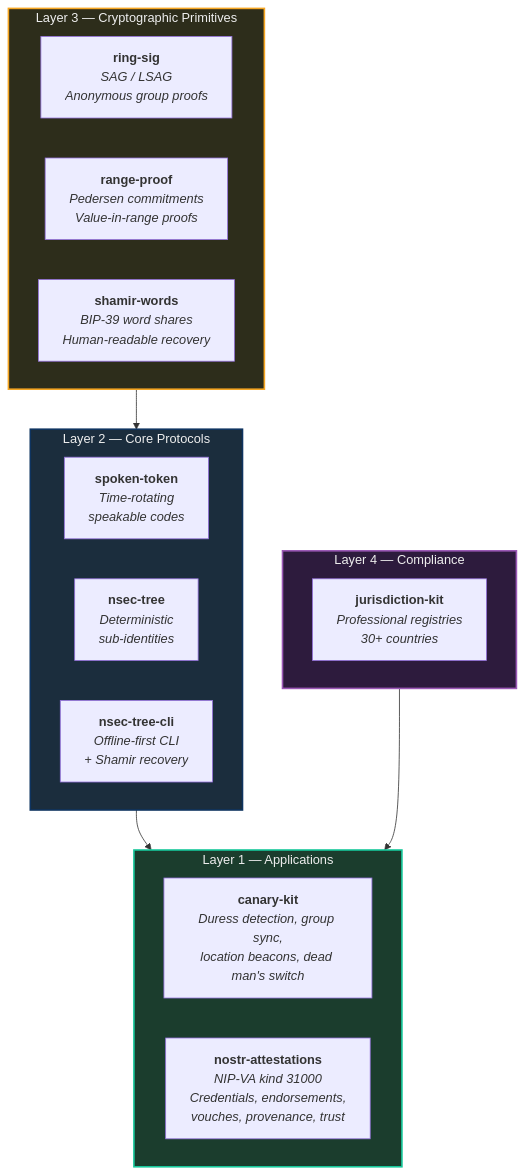
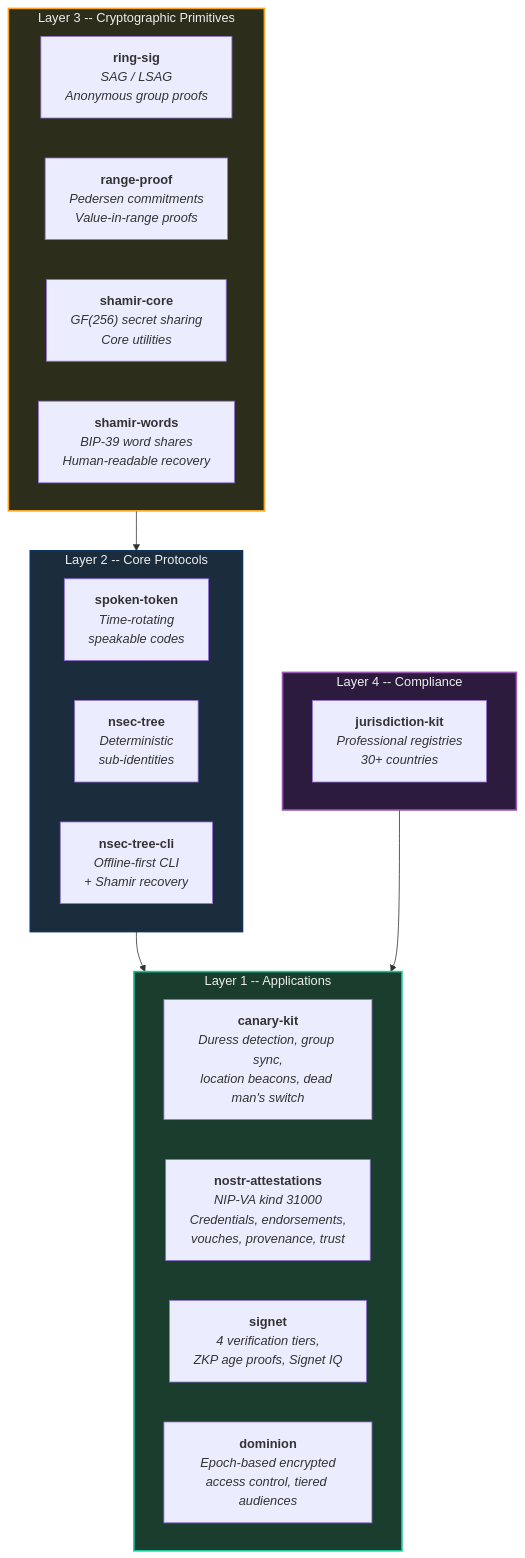
Before and after one commit to forgesworn/.github: the diagram in docs/identity-stack.md, drawn with Mermaid. The commit also changed other lines of this file, not shown here.

Commit message:
docs: add signet, dominion, shamir-core to identity stack diagram

````diff
--- a/docs/identity-stack.md
+++ b/docs/identity-stack.md
@@ -7,46 +7,52 @@
 ```mermaid
 graph TB
-    subgraph layer1["Layer 1 — Applications"]
+    subgraph layer1["Layer 1 -- Applications"]
         direction LR
         CK["<b>canary-kit</b><br/><i>Duress detection, group sync,<br/>location beacons, dead man's switch</i>"]
         NA["<b>nostr-attestations</b><br/><i>NIP-VA kind 31000<br/>Credentials, endorsements,<br/>vouches, provenance, trust</i>"]
+        SG["<b>signet</b><br/><i>4 verification tiers,<br/>ZKP age proofs, Signet IQ</i>"]
+        DM["<b>dominion</b><br/><i>Epoch-based encrypted<br/>access control, tiered audiences</i>"]
     end
 
-    subgraph layer2["Layer 2 — Core Protocols"]
+    subgraph layer2["Layer 2 -- Core Protocols"]
         direction LR
         ST["<b>spoken-token</b><br/><i>Time-rotating<br/>speakable codes</i>"]
         NT["<b>nsec-tree</b><br/><i>Deterministic<br/>sub-identities</i>"]
         NTCLI["<b>nsec-tree-cli</b><br/><i>Offline-first CLI<br/>+ Shamir recovery</i>"]
     end
 
-    subgraph layer3["Layer 3 — Cryptographic Primitives"]
+    subgraph layer3["Layer 3 -- Cryptographic Primitives"]
         direction LR
         RS["<b>ring-sig</b><br/><i>SAG / LSAG<br/>Anonymous group proofs</i>"]
         RP["<b>range-proof</b><br/><i>Pedersen commitments<br/>Value-in-range proofs</i>"]
+        SC["<b>shamir-core</b><br/><i>GF(256) secret sharing<br/>Core utilities</i>"]
         SW["<b>shamir-words</b><br/><i>BIP-39 word shares<br/>Human-readable recovery</i>"]
     end
 
-    subgraph layer4["Layer 4 — Compliance"]
+    subgraph layer4["Layer 4 -- Compliance"]
         direction LR
         JK["<b>jurisdiction-kit</b><br/><i>Professional registries<br/>30+ countries</i>"]
     end
 
     layer3 --> layer2
     layer2 --> layer1
     layer4 --> layer1
 
     click CK "https://github.com/forgesworn/canary-kit" _blank
     click NA "https://github.com/forgesworn/nostr-attestations" _blank
+    click SG "https://github.com/forgesworn/signet" _blank
+    click DM "https://github.com/forgesworn/dominion" _blank
     click ST "https://github.com/forgesworn/spoken-token" _blank
     click NT "https://github.com/forgesworn/nsec-tree" _blank
     click NTCLI "https://github.com/forgesworn/nsec-tree-cli" _blank
     click RS "https://github.com/forgesworn/ring-sig" _blank
     click RP "https://github.com/forgesworn/range-proof" _blank
+    click SC "https://github.com/forgesworn/shamir-core" _blank
     click SW "https://github.com/forgesworn/shamir-words" _blank
     click JK "https://github.com/forgesworn/jurisdiction-kit" _blank
 
     style layer1 fill:#1b3d2d,stroke:#16c79a,color:#eee,stroke-width:2px
     style layer2 fill:#1b2d3d,stroke:#0f3460,color:#eee,stroke-width:2px
     style layer3 fill:#2d2d1b,stroke:#f5a623,color:#eee,stroke-width:2px
     style layer4 fill:#2d1b3d,stroke:#9b59b6,color:#eee,stroke-width:2px
 ```
````
